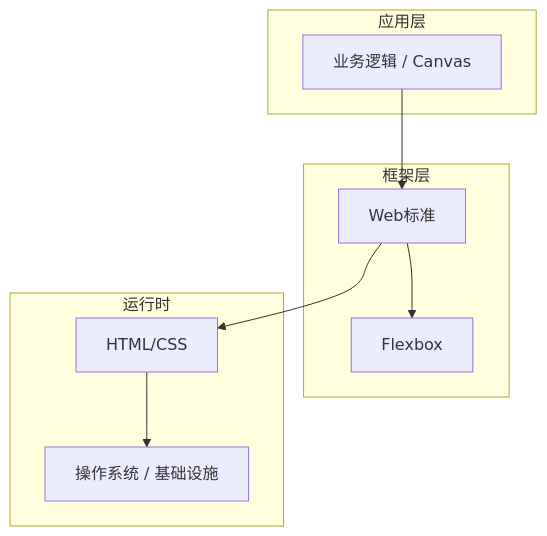
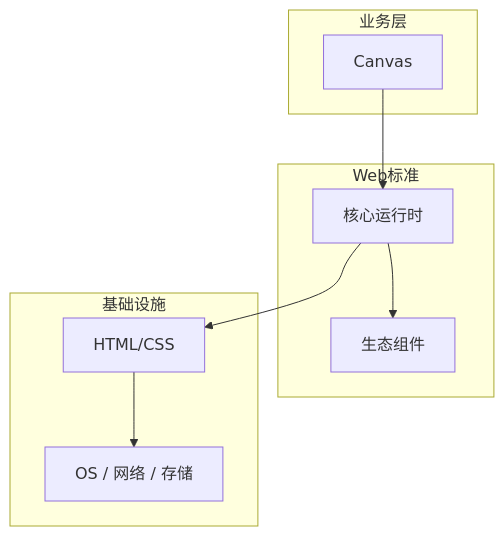
The diagram in articles/HTML与CSS/chapters/033-Canvas核心概念与原理.md (yanggan2015/knowledge-json-v2), drawn with Mermaid before and after one commit. The commit also changed other lines of this file and 10127 other files, not shown here.

````diff
--- a/articles/HTML与CSS/chapters/033-Canvas核心概念与原理.md
+++ b/articles/HTML与CSS/chapters/033-Canvas核心概念与原理.md
@@ -45,18 +34,18 @@
 ```mermaid
 graph TB
-    subgraph 应用层
-        A[业务逻辑 / Canvas]
+    subgraph 业务层
+        A[Canvas]
     end
-    subgraph 框架层
-        B[Web标准]
-        C[Flexbox]
+    subgraph Web标准
+        B[核心运行时]
+        C[生态组件]
     end
-    subgraph 运行时
+    subgraph 基础设施
         D[HTML/CSS]
-        E[操作系统 / 基础设施]
+        E[OS / 网络 / 存储]
     end
     A --> B
     B --> C
     B --> D
     D --> E
 ```
````
